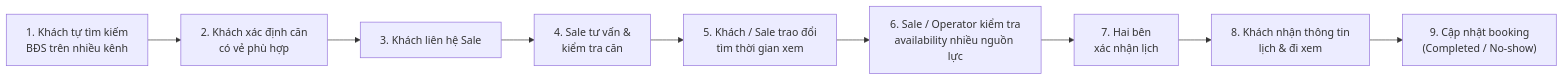
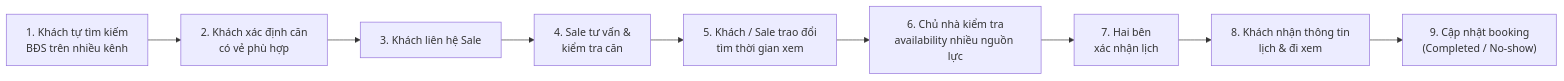
One commit to TaiHoang2501/P001 changed the diagram in .specify/spec.md. Above: the diagram before and after it, drawn with Mermaid. The commit also changed other lines of this file and 1 other file, not shown here.

Commit message:
docs: replace Sale/Operator with chu nha in spec and diagrams

````diff
--- a/.specify/spec.md
+++ b/.specify/spec.md
@@ -28,11 +28,11 @@
 ```mermaid
 flowchart LR
     S1["1. Khách tự tìm kiếm<br/>BĐS trên nhiều kênh"] --> S2["2. Khách xác định căn<br/>có vẻ phù hợp"]
     S2 --> S3["3. Khách liên hệ Sale"]
     S3 --> S4["4. Sale tư vấn &<br/>kiểm tra căn"]
     S4 --> S5["5. Khách / Sale trao đổi<br/>tìm thời gian xem"]
-    S5 --> S6["6. Sale / Operator kiểm tra<br/>availability nhiều nguồn lực"]
+    S5 --> S6["6. Chủ nhà kiểm tra<br/>availability nhiều nguồn lực"]
     S6 --> S7["7. Hai bên<br/>xác nhận lịch"]
     S7 --> S8["8. Khách nhận thông tin<br/>lịch & đi xem"]
     S8 --> S9["9. Cập nhật booking<br/>(Completed / No-show)"]
 ```
````
